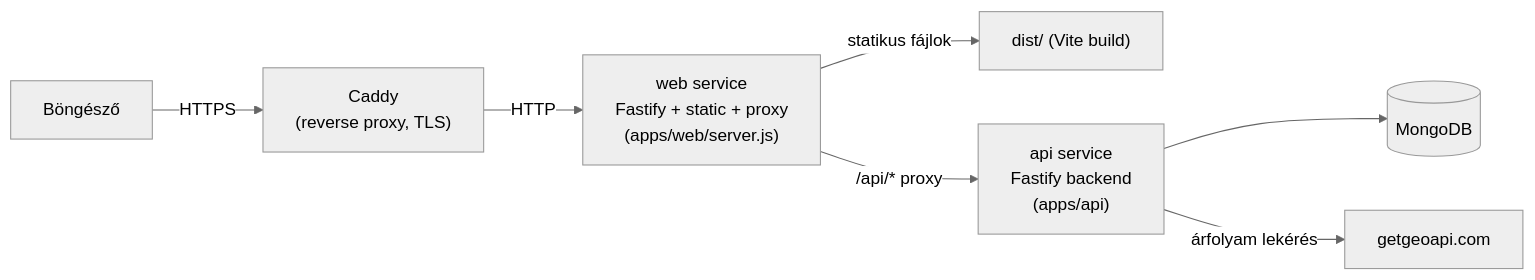
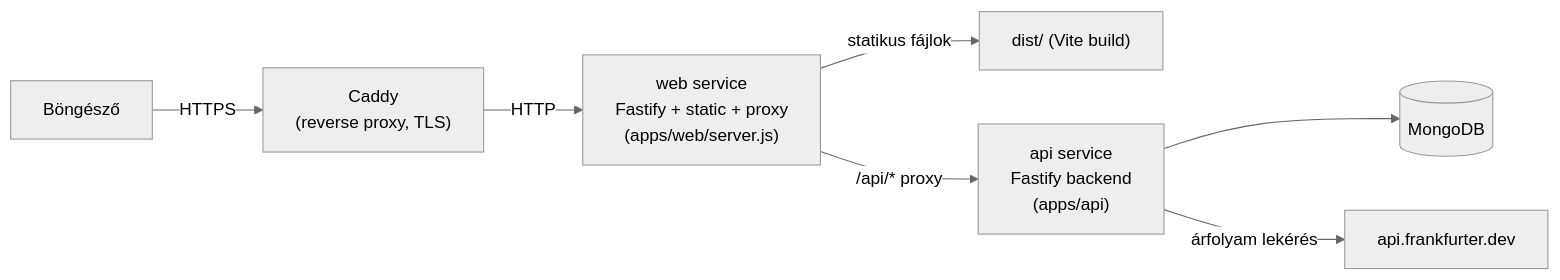
Before and after one commit to SunyiUborka/penny: the first of 4 diagrams in docs/ARCHITECTURE.md, drawn with Mermaid (neutral theme). The commit also changed other lines of this file and 7 other files, not shown here.

Commit message:
feat(api): árfolyam-lekérés Frankfurter v2-re állítása

````diff
--- a/docs/ARCHITECTURE.md
+++ b/docs/ARCHITECTURE.md
@@ -75,9 +75,9 @@
 ```mermaid
 flowchart LR
     Browser["Böngésző"] -->|HTTPS| Caddy["Caddy\n(reverse proxy, TLS)"]
     Caddy -->|HTTP| Web["web service\nFastify + static + proxy\n(apps/web/server.js)"]
     Web -->|"statikus fájlok"| Dist["dist/ (Vite build)"]
     Web -->|"/api/* proxy"| Api["api service\nFastify backend\n(apps/api)"]
     Api --> Mongo[("MongoDB")]
-    Api -->|"árfolyam lekérés"| CurrencyApi["getgeoapi.com"]
+    Api -->|"árfolyam lekérés"| CurrencyApi["api.frankfurter.dev"]
 ```
````
